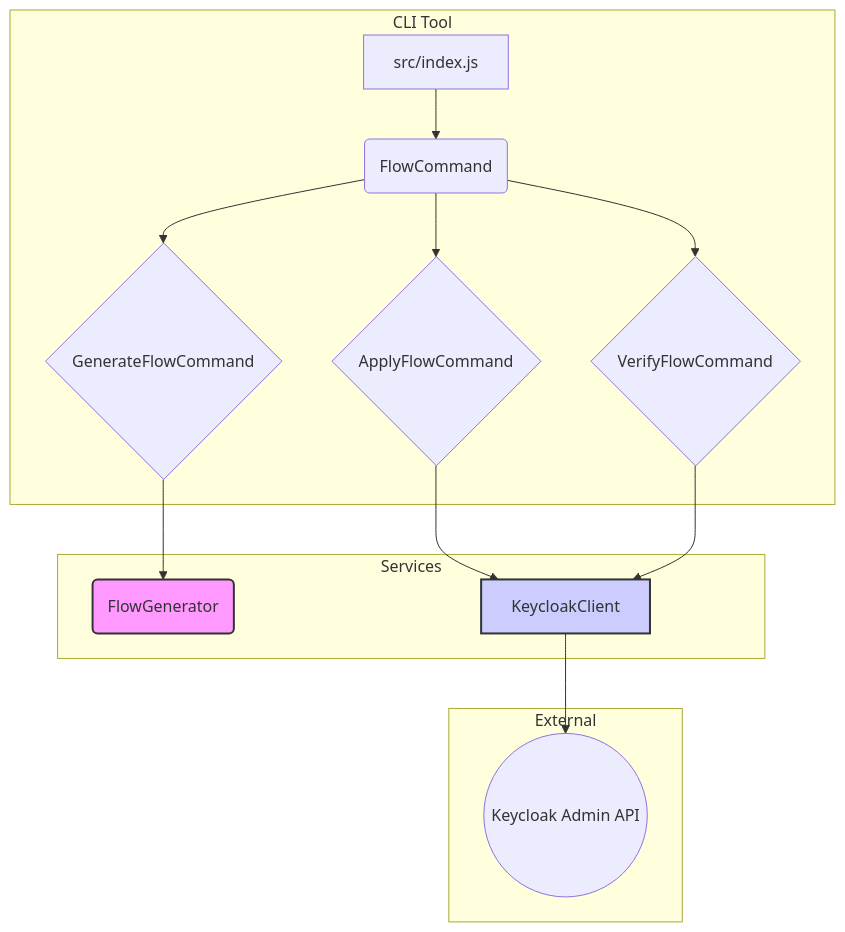
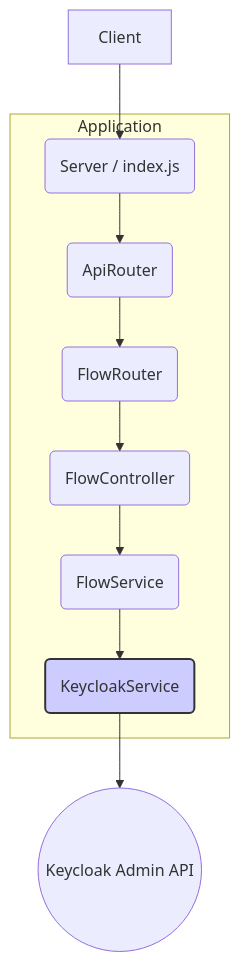
The diagram in docs/architecture.md (Cognitive-Stack/keycloak-setup), drawn with Mermaid before and after one commit. The commit also changed other lines of this file and 2 other files, not shown here.

Commit message:
Add foundational documentation for the Express.js server structure, including user stories for implementing key API endpoints and server configuration. This establishes a clear starting point for the Keycloak Configuration Server development.

````diff
--- a/docs/architecture.md
+++ b/docs/architecture.md
@@ -132,22 +138,16 @@
 ```mermaid
 graph TD
-    subgraph CLI Tool
-        A[src/index.js] --> B(FlowCommand);
-        B --> C{GenerateFlowCommand};
-        B --> D{ApplyFlowCommand};
-        B --> E{VerifyFlowCommand};
+    A[Client] --> B(Server / index.js);
+    B --> C(ApiRouter);
+    C --> D(FlowRouter);
+    D --> E(FlowController);
+    E --> F(FlowService);
+    F --> G(KeycloakService);
+    G --> H((Keycloak Admin API));
+
+    subgraph Application
+        B; C; D; E; F; G;
     end
 
-    subgraph Services
-        C --> F(FlowGenerator);
-        D --> G[KeycloakClient];
-        E --> G[KeycloakClient];
-    end
-
-    subgraph External
-        G --> H((Keycloak Admin API));
-    end
-
-    style F fill:#f9f,stroke:#333,stroke-width:2px
     style G fill:#ccf,stroke:#333,stroke-width:2px
 ```
````
